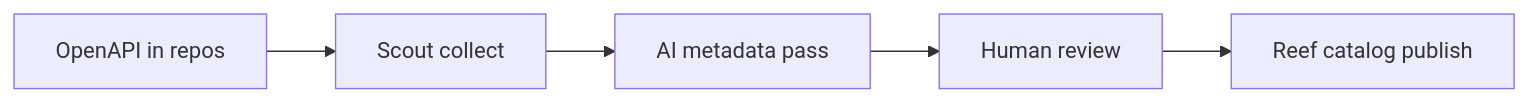
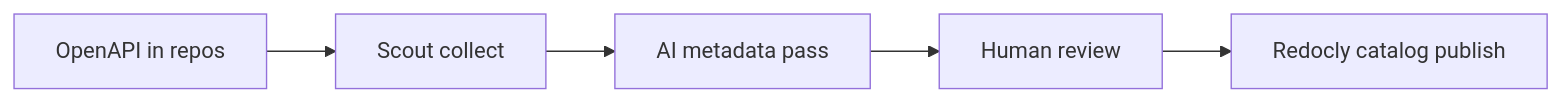
Before and after one commit to riboflavin/redocly-site: the diagram in learn/ai-for-docs/ai-build-searchable-api-catalog.md, drawn with Mermaid. The commit also changed other lines of this file and 105 other files, not shown here.

````diff
--- a/learn/ai-for-docs/ai-build-searchable-api-catalog.md
+++ b/learn/ai-for-docs/ai-build-searchable-api-catalog.md
@@ -71,7 +71,7 @@
 ```mermaid
 graph LR
   A[OpenAPI in repos] --> B[Scout collect]
   B --> C[AI metadata pass]
   C --> D[Human review]
-  D --> E[Reef catalog publish]
+  D --> E[Redocly catalog publish]
 ```
````
